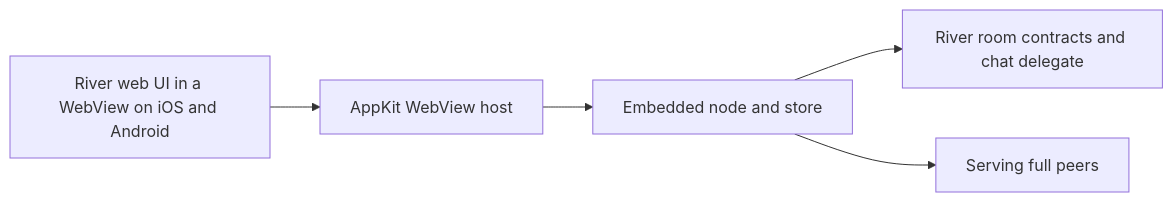
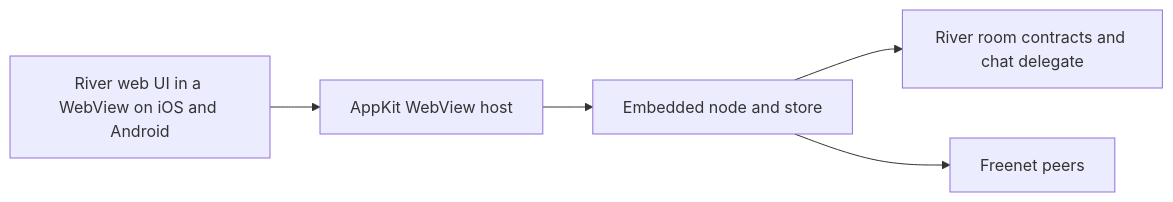
The first of 2 diagrams in README.md (EVY-Platform/evy-freenet-plans), drawn with Mermaid before and after one commit. The commit also changed other lines of this file and 17 other files, not shown here.

````diff
--- a/README.md
+++ b/README.md
@@ -27,7 +27,7 @@
 ```mermaid
 flowchart LR
     River[River web UI in a WebView on iOS and Android] --> Host[AppKit WebView host]
     Host --> Node[Embedded node and store]
     Node --> Data[River room contracts and chat delegate]
-    Node --> Full[Serving full peers]
+    Node --> Full[Freenet peers]
 ```
````
